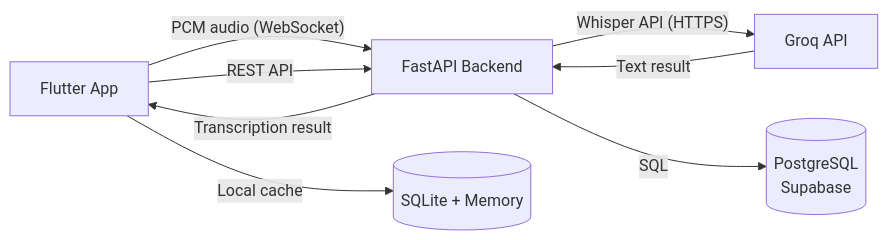
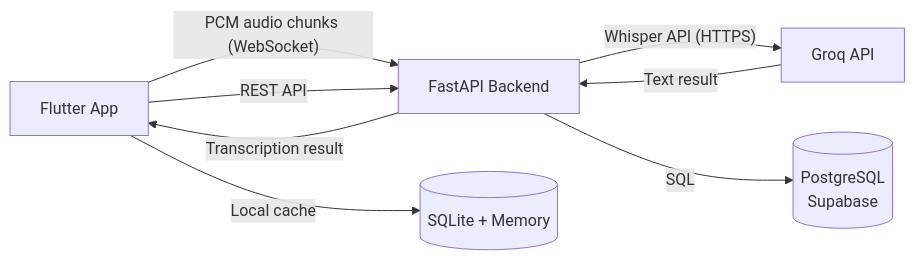
The first of 2 diagrams in README.md (AbhiramVSA/zepp), drawn with Mermaid before and after one commit. The commit also changed other lines of this file and 1 other file, not shown here.

````diff
--- a/README.md
+++ b/README.md
@@ -18,10 +30,10 @@
 ```mermaid
 graph LR
-    A[Flutter App] -- "PCM audio (WebSocket)" --> B[FastAPI Backend]
+    A[Flutter App] -- "PCM audio chunks (WebSocket)" --> B[FastAPI Backend]
     B -- "Transcription result" --> A
     B -- "Whisper API (HTTPS)" --> C[Groq API]
     C -- "Text result" --> B
     A -- "REST API" --> B
     B -- "SQL" --> D[(PostgreSQL<br/>Supabase)]
     A -- "Local cache" --> E[(SQLite + Memory)]
 ```
````
